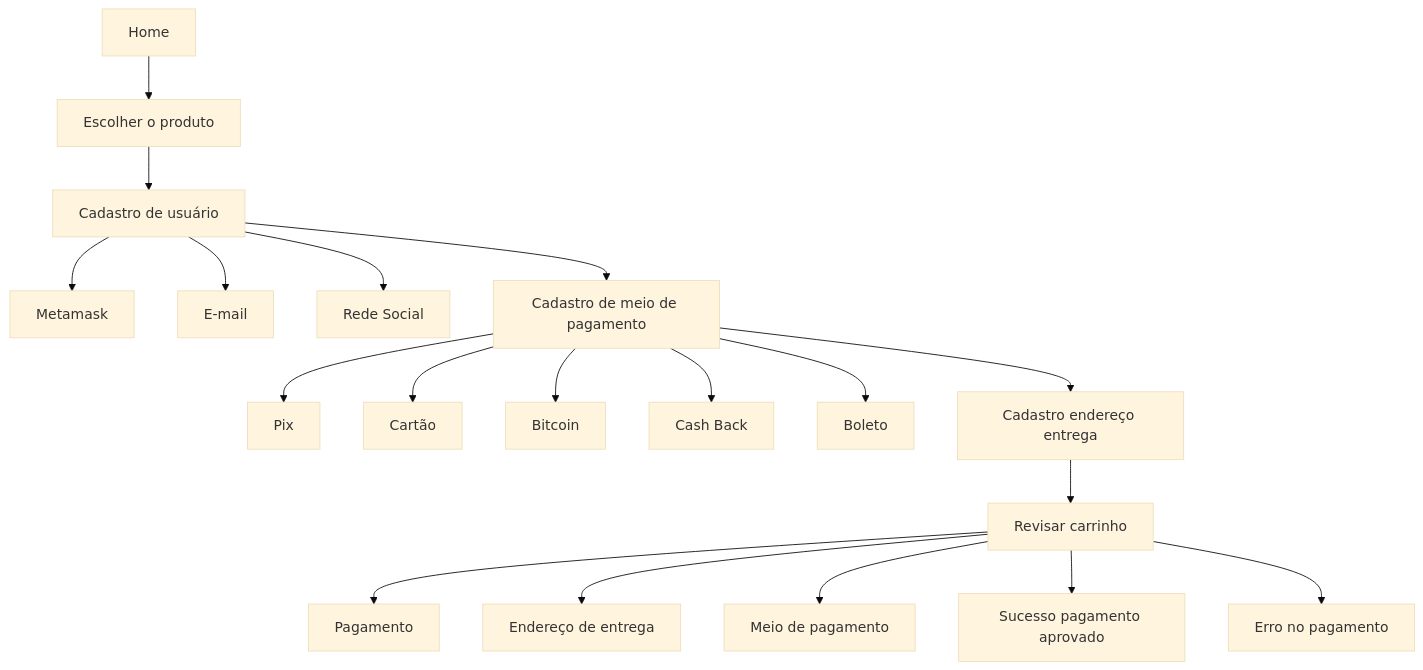
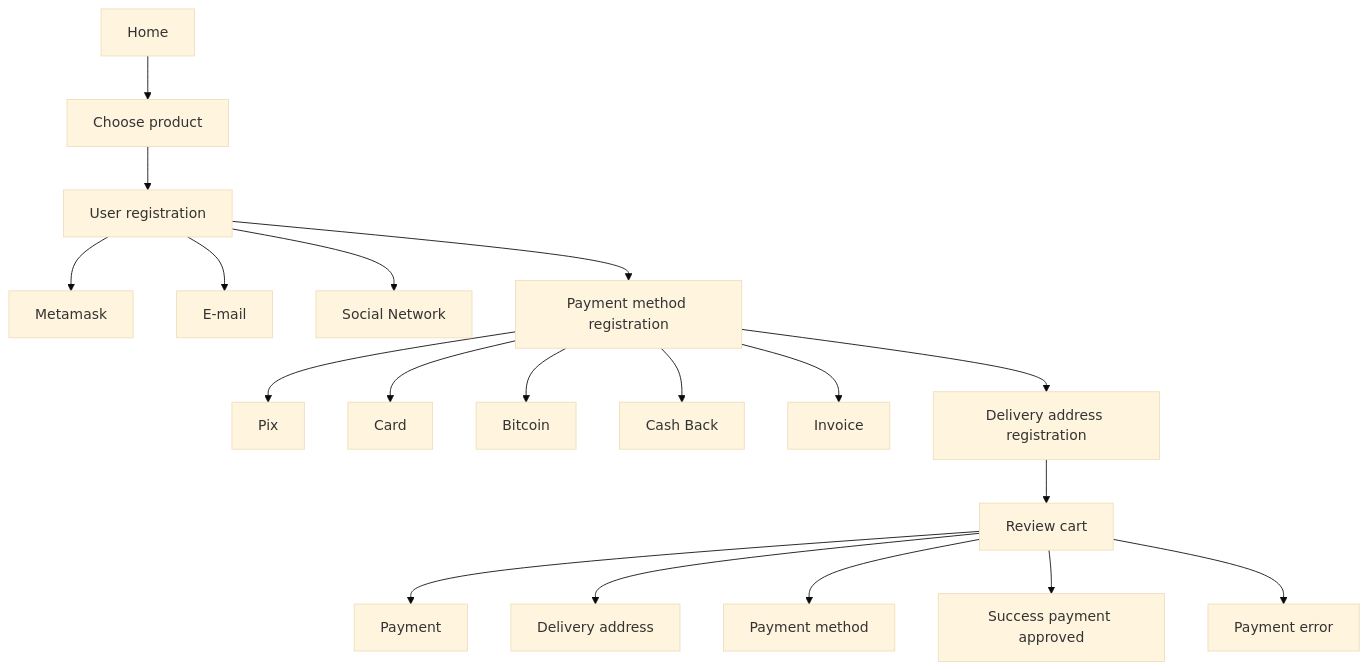
Before and after one commit to dappuniversity/dappazon: the diagram in README.md, drawn with Mermaid (base theme). The commit also changed other lines of this file, not shown here.

````diff
--- a/README.md
+++ b/README.md
@@ -60,32 +107,32 @@
 ```mermaid
 graph TD
-    A[Home] --> B[Escolher o produto]
-    B --> C[Cadastro de usuário]
+    A[Home] --> B[Choose product]
+    B --> C[User registration]
     C1[Metamask]
     C2[E-mail]
-    C3[Rede Social]
+    C3[Social Network]
     C --> C1
     C --> C2
     C --> C3
-    C --> D[Cadastro de meio de pagamento]
+    C --> D[Payment method registration]
     D1[Pix]
-    D2[Cartão]
+    D2[Card]
     D3[Bitcoin]
     D4[Cash Back]
-    D5[Boleto]
+    D5[Invoice]
     D --> D1
     D --> D2
     D --> D3
     D --> D4
     D --> D5
-    D --> E[Cadastro endereço entrega]
-    E --> F[Revisar carrinho]
-    F1[Pagamento]
-    F2[Endereço de entrega]
-    F3[Meio de pagamento]
+    D --> E[Delivery address registration]
+    E --> F[Review cart]
+    F1[Payment]
+    F2[Delivery address]
+    F3[Payment method]
     F --> F1
     F --> F2
     F --> F3
-    F --> G[Sucesso pagamento aprovado]
-    F --> H[Erro no pagamento]
+    F --> G[Success payment approved]
+    F --> H[Payment error]
 ```
````
